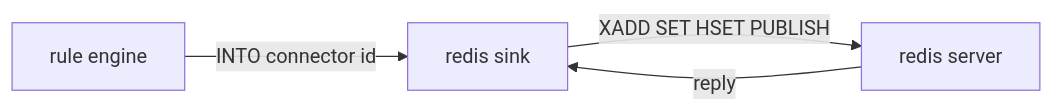
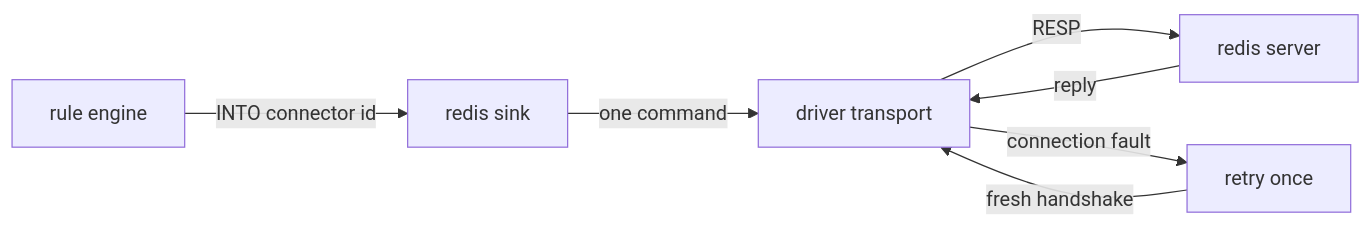
The diagram in docs/connectors/redis.md (Indus-Stack/indramqtt), drawn with Mermaid before and after one commit. The commit also changed other lines of this file and 3 other files, not shown here.

````diff
--- a/docs/connectors/redis.md
+++ b/docs/connectors/redis.md
@@ -14,6 +14,9 @@
 ```mermaid
 flowchart LR
     Rule["rule engine"] -- "INTO connector id" --> Sink["redis sink"]
-    Sink -- "XADD SET HSET PUBLISH" --> Redis["redis server"]
-    Redis -- "reply" --> Sink
+    Sink -- "one command" --> Driver["driver transport"]
+    Driver -- "RESP" --> Server["redis server"]
+    Server -- "reply" --> Driver
+    Driver -- "connection fault" --> Back["retry once"]
+    Back -- "fresh handshake" --> Driver
 ```
````
